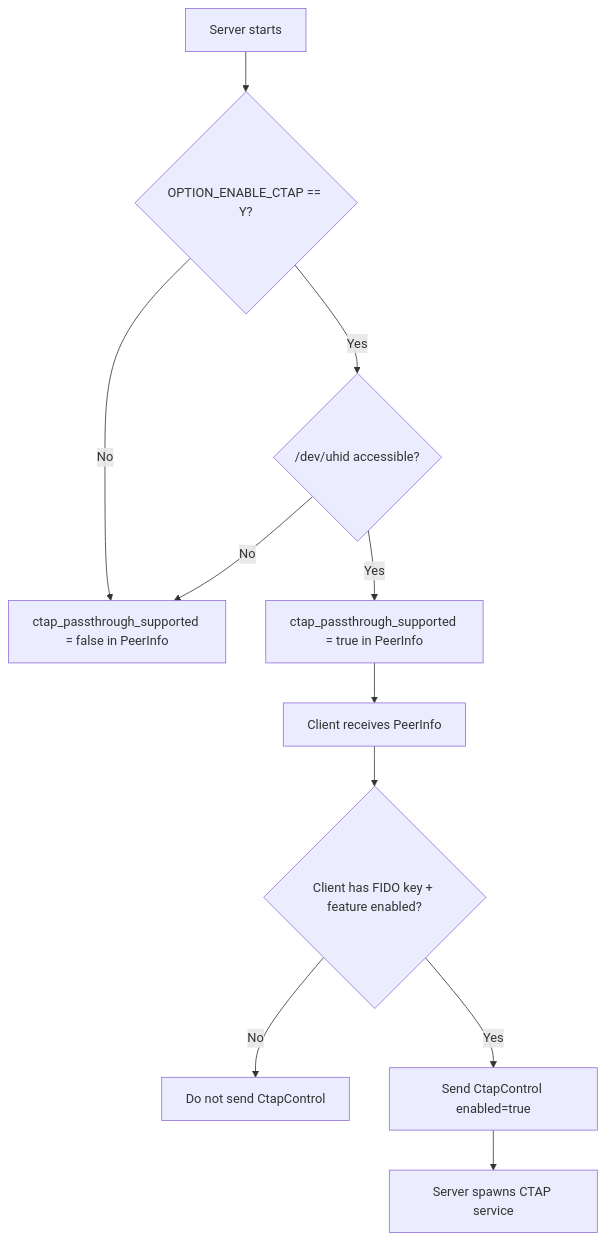
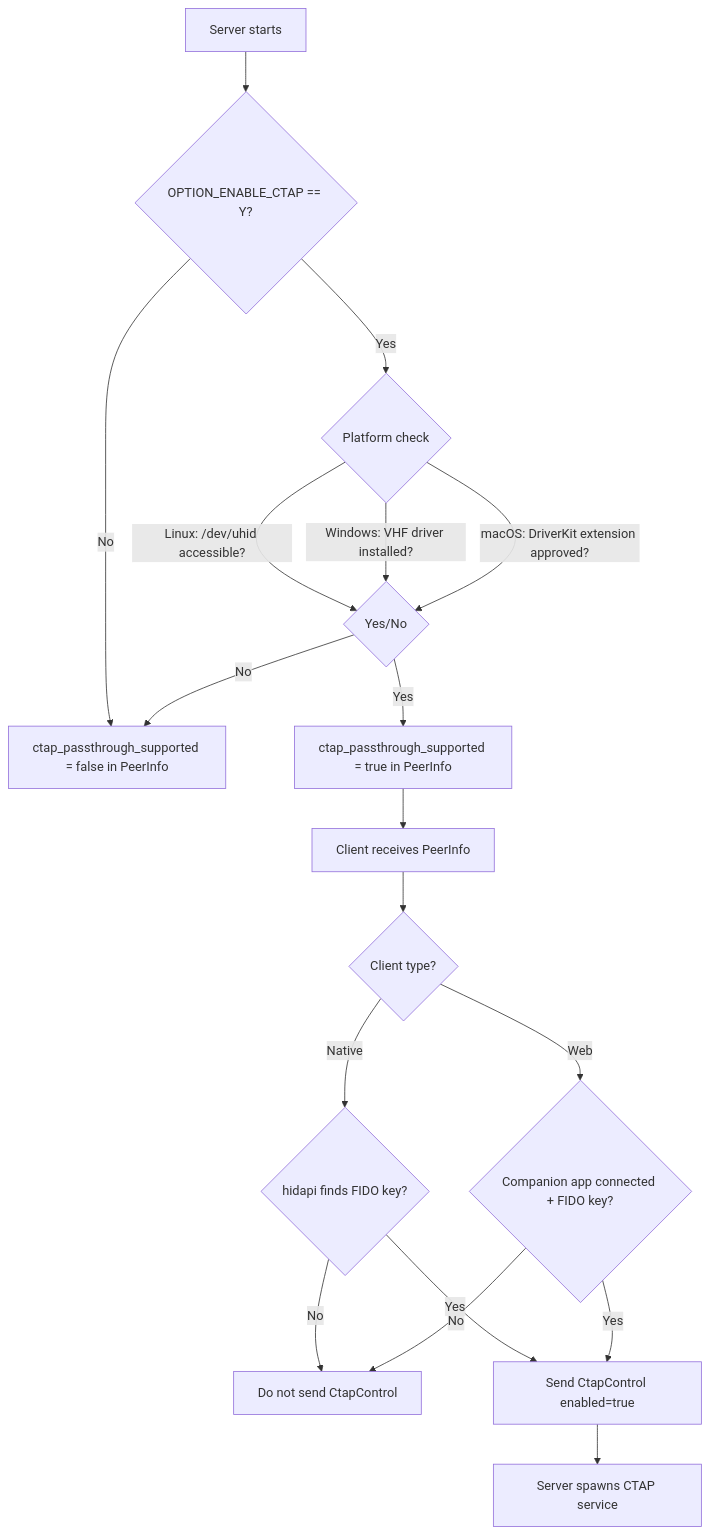
Before and after one commit to lesserevil/rustdesk: the diagram in docs/design/webauthn-ctap-passthrough/10-component-config.md, drawn with Mermaid. The commit also changed other lines of this file and 9 other files, not shown here.

First line of the commit message:
Expand CTAP passthrough design for cross-platform and web client support

````diff
--- a/docs/design/webauthn-ctap-passthrough/10-component-config.md
+++ b/docs/design/webauthn-ctap-passthrough/10-component-config.md
@@ -184,15 +238,22 @@
 ```mermaid
 flowchart TD
     A[Server starts] --> B{OPTION_ENABLE_CTAP == Y?}
     B -->|No| C[ctap_passthrough_supported = false in PeerInfo]
-    B -->|Yes| D{/dev/uhid accessible?}
-    D -->|No| C
-    D -->|Yes| E[ctap_passthrough_supported = true in PeerInfo]
+    B -->|Yes| D{Platform check}
+    D -->|"Linux: /dev/uhid accessible?"| E{Yes/No}
+    D -->|"Windows: VHF driver installed?"| E
+    D -->|"macOS: DriverKit extension approved?"| E
+    E -->|No| C
+    E -->|Yes| F[ctap_passthrough_supported = true in PeerInfo]
 
-    E --> F[Client receives PeerInfo]
-    F --> G{Client has FIDO key + feature enabled?}
-    G -->|No| H[Do not send CtapControl]
-    G -->|Yes| I[Send CtapControl enabled=true]
+    F --> G[Client receives PeerInfo]
+    G --> H{Client type?}
+    H -->|Native| I{hidapi finds FIDO key?}
+    H -->|Web| J{Companion app connected + FIDO key?}
+    I -->|No| K[Do not send CtapControl]
+    J -->|No| K
+    I -->|Yes| L[Send CtapControl enabled=true]
+    J -->|Yes| L
 
-    I --> J[Server spawns CTAP service]
+    L --> M[Server spawns CTAP service]
 ```
````
